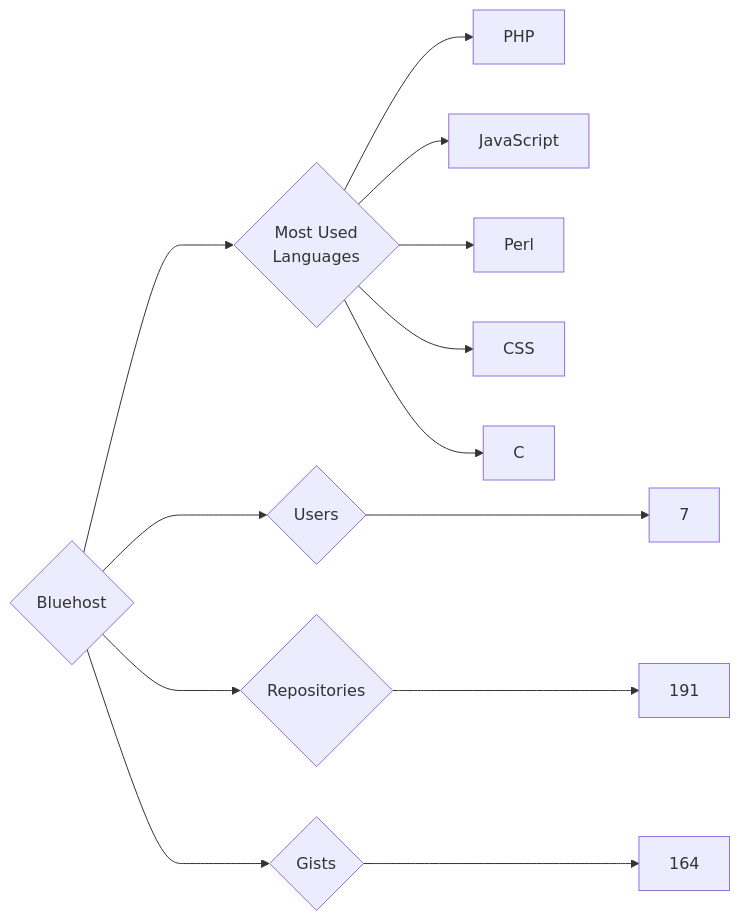
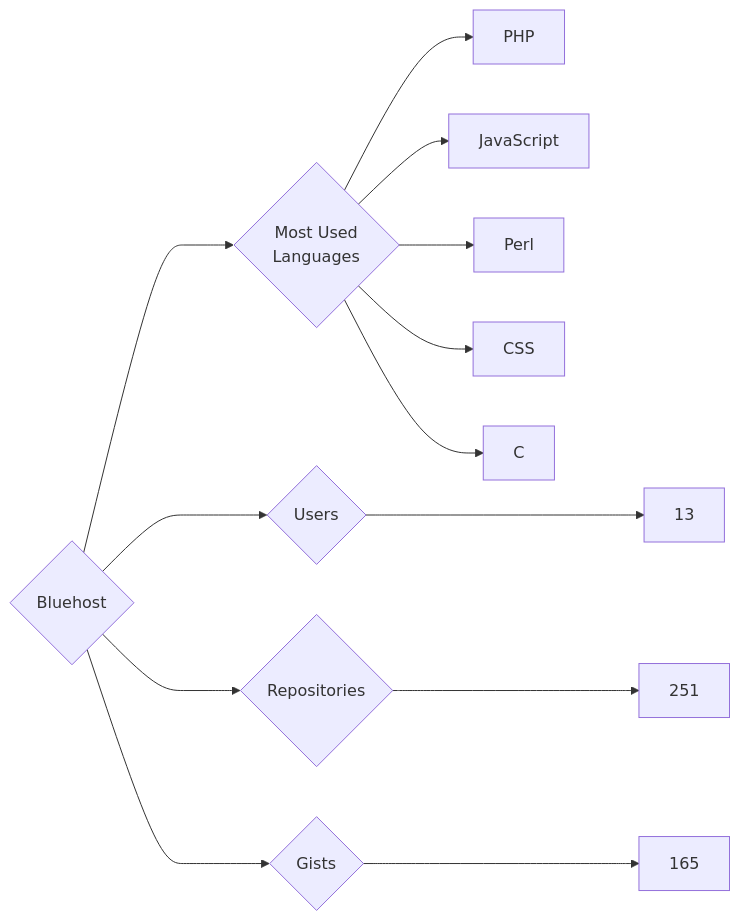
One commit to trickest/insiders changed the diagram in targets/Bluehost/README.md. Above: the diagram before and after it, drawn with Mermaid. The commit also changed 888 other files, not shown here.

````diff
--- a/targets/Bluehost/README.md
+++ b/targets/Bluehost/README.md
@@ -3,13 +3,13 @@
 ```mermaid
 graph LR
 COMPANY_NAME{Bluehost}
-COMPANY_NAME ---> U{Users} ---> UN[7]
-COMPANY_NAME ---> R{Repositories} ---> RN[191]
-COMPANY_NAME ---> G{Gists} ---> GN[164]
+COMPANY_NAME ---> U{Users} ---> UN[13]
+COMPANY_NAME ---> R{Repositories} ---> RN[251]
+COMPANY_NAME ---> G{Gists} ---> GN[165]
 COMPANY_NAME ---> ML{Most Used<br>Languages}
 ML --> PHP[PHP]
 ML --> JavaScript[JavaScript]
 ML --> Perl[Perl]
 ML --> CSS[CSS]
 ML --> C[C]
 ```
````
